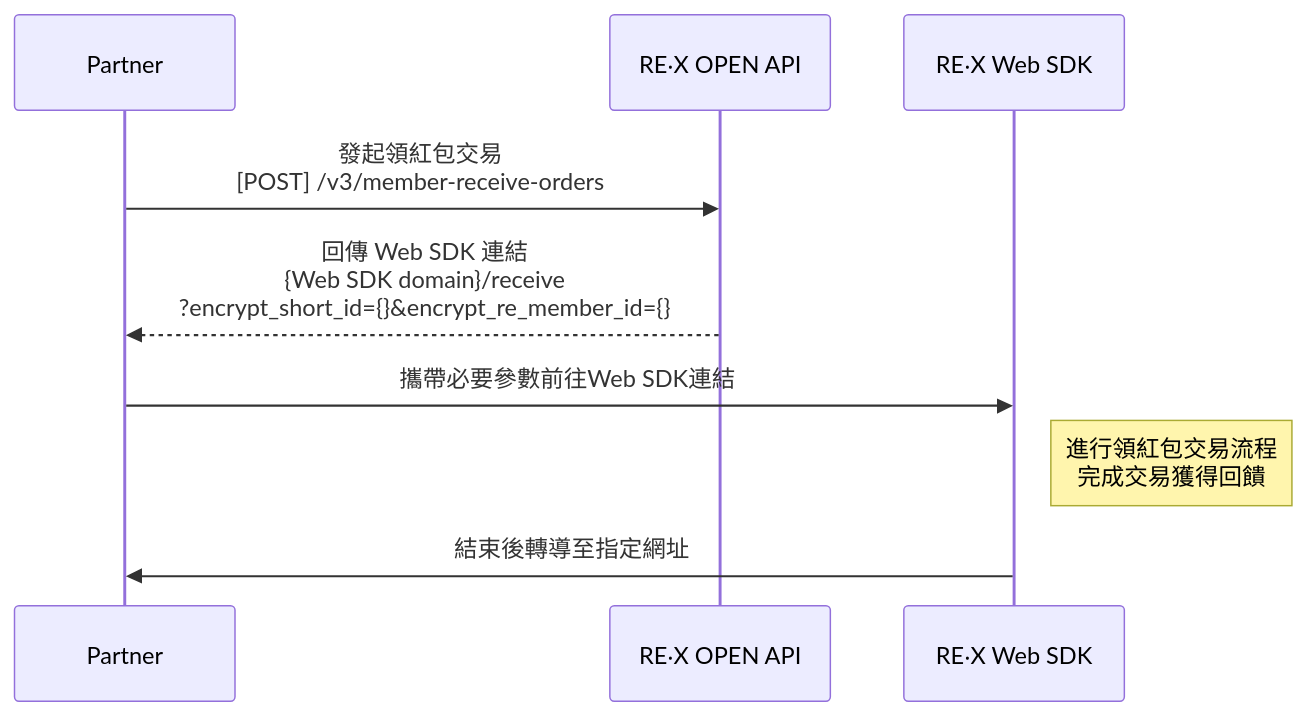
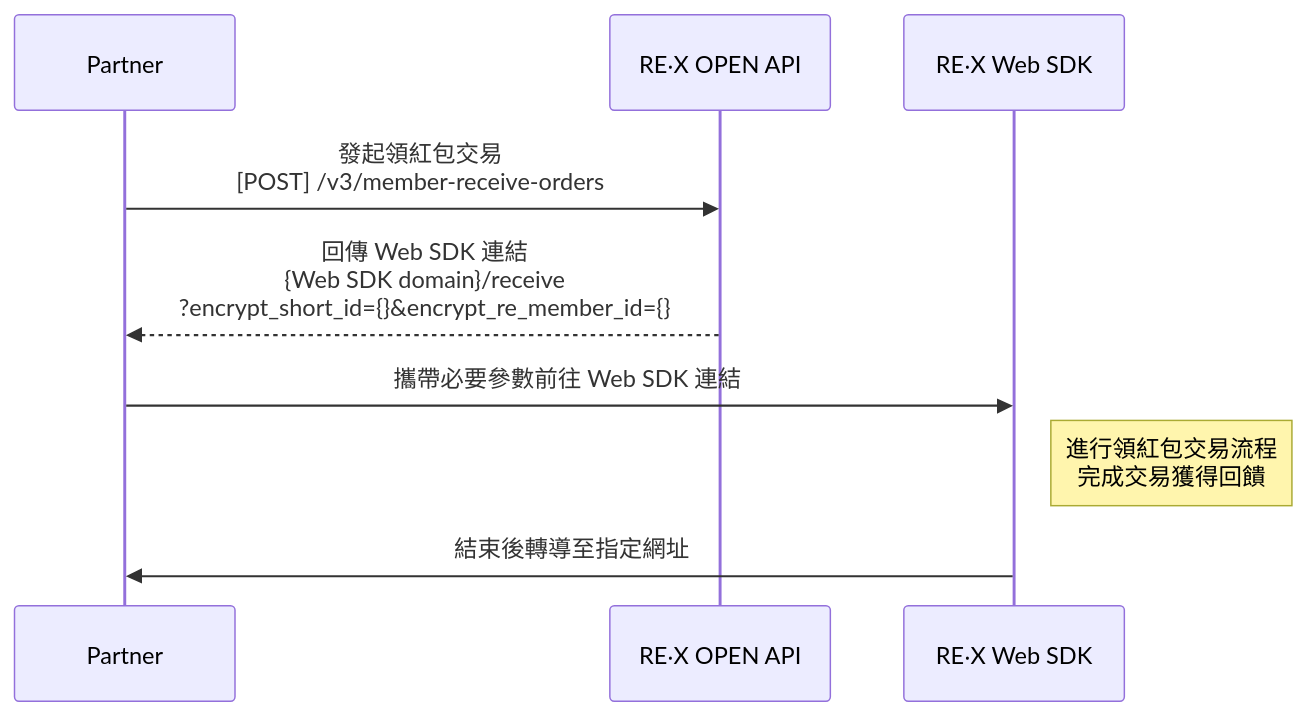
The diagram in PROJECTS.md (clipwww/personal), drawn with Mermaid before and after one commit. The commit also changed other lines of this file and 2 other files, not shown here.

````diff
--- a/PROJECTS.md
+++ b/PROJECTS.md
@@ -146,8 +144,8 @@
 ```mermaid
 sequenceDiagram
 Partner ->> RE‧X OPEN API: 發起領紅包交易<br/>[POST] /v3/member-receive-orders
 RE‧X OPEN API -->> Partner: 回傳 Web SDK 連結<br/>{Web SDK domain}/receive<br/>?encrypt_short_id={}&encrypt_re_member_id={}
-Partner ->> RE‧X Web SDK: 攜帶必要參數前往Web SDK連結
+Partner ->> RE‧X Web SDK: 攜帶必要參數前往 Web SDK 連結
 Note right of RE‧X Web SDK: 進行領紅包交易流程<br/>完成交易獲得回饋
 RE‧X Web SDK ->> Partner: 結束後轉導至指定網址
 ```
````
